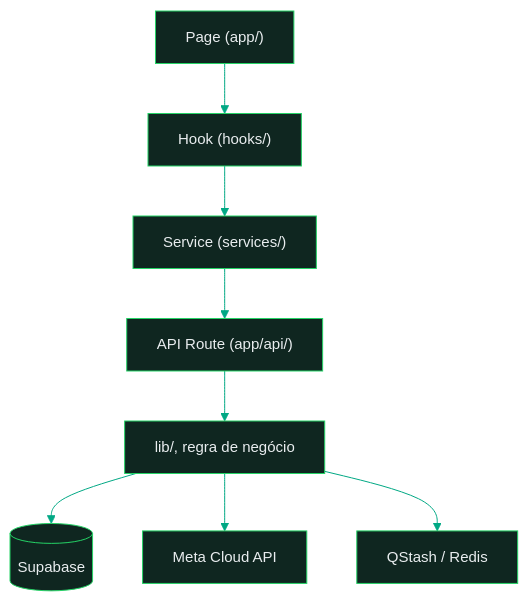
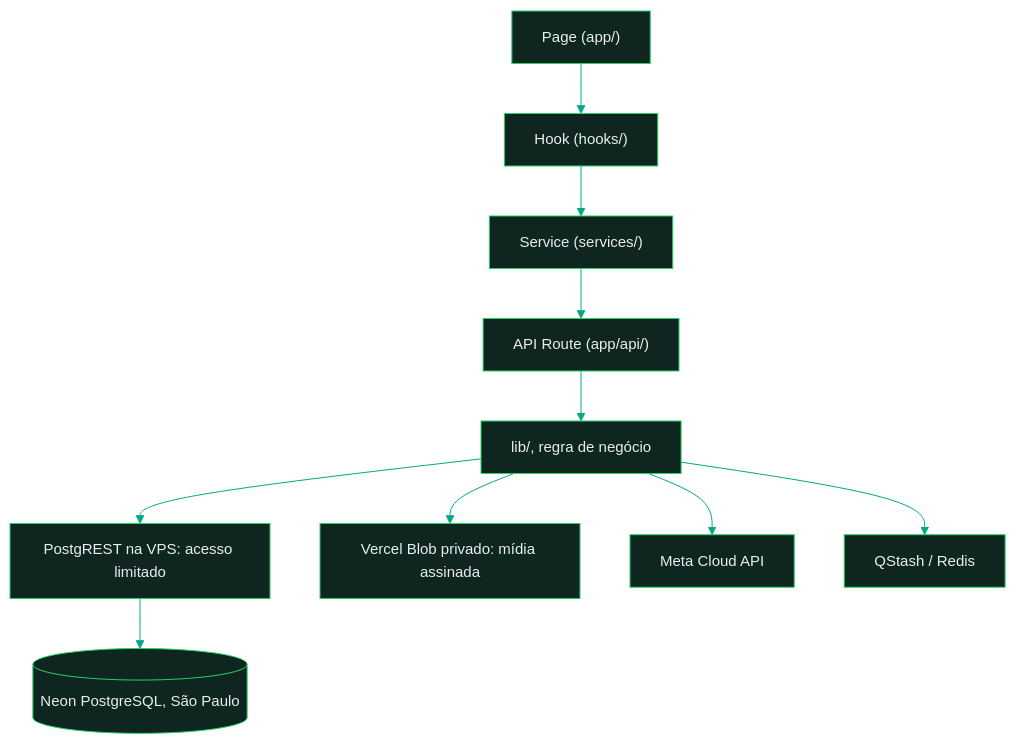
Before and after one commit to luizxhgomes/whatsflow-engine: the first of 3 diagrams in docs/architecture/TOPOLOGIA.md, drawn with Mermaid. The commit also changed other lines of this file and 3 other files, not shown here.

````diff
--- a/docs/architecture/TOPOLOGIA.md
+++ b/docs/architecture/TOPOLOGIA.md
@@ -47,15 +59,17 @@
 ```mermaid
 %%{init: {'theme':'base','themeVariables':{
   'background':'#0B141A','primaryColor':'#0F2620','primaryTextColor':'#E9EDEF',
   'primaryBorderColor':'#25D366','lineColor':'#00A884','secondaryColor':'#075E54',
   'tertiaryColor':'#111B21','fontSize':'15px','edgeLabelBackground':'#0B141A',
   'clusterBkg':'#111B21','clusterBorder':'#128C7E'}}}%%
 flowchart TD
     P["Page (app/)"] --> H["Hook (hooks/)"]
     H --> S["Service (services/)"]
     S --> R["API Route (app/api/)"]
     R --> L["lib/, regra de negócio"]
-    L --> DB[("Supabase")]
+    L --> REST["PostgREST na VPS: acesso limitado"]
+    REST --> DB[("Neon PostgreSQL, São Paulo")]
+    L --> MEDIA["Vercel Blob privado: mídia assinada"]
     L --> META["Meta Cloud API"]
     L --> Q["QStash / Redis"]
 ```
````
